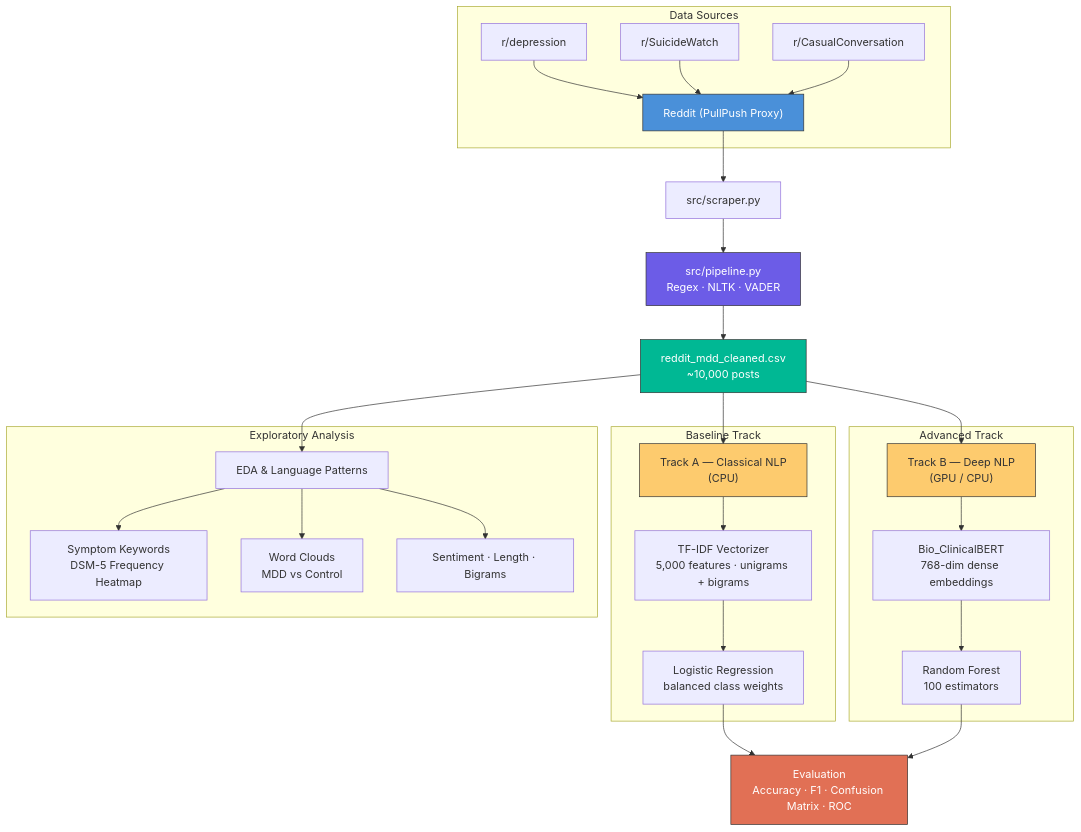
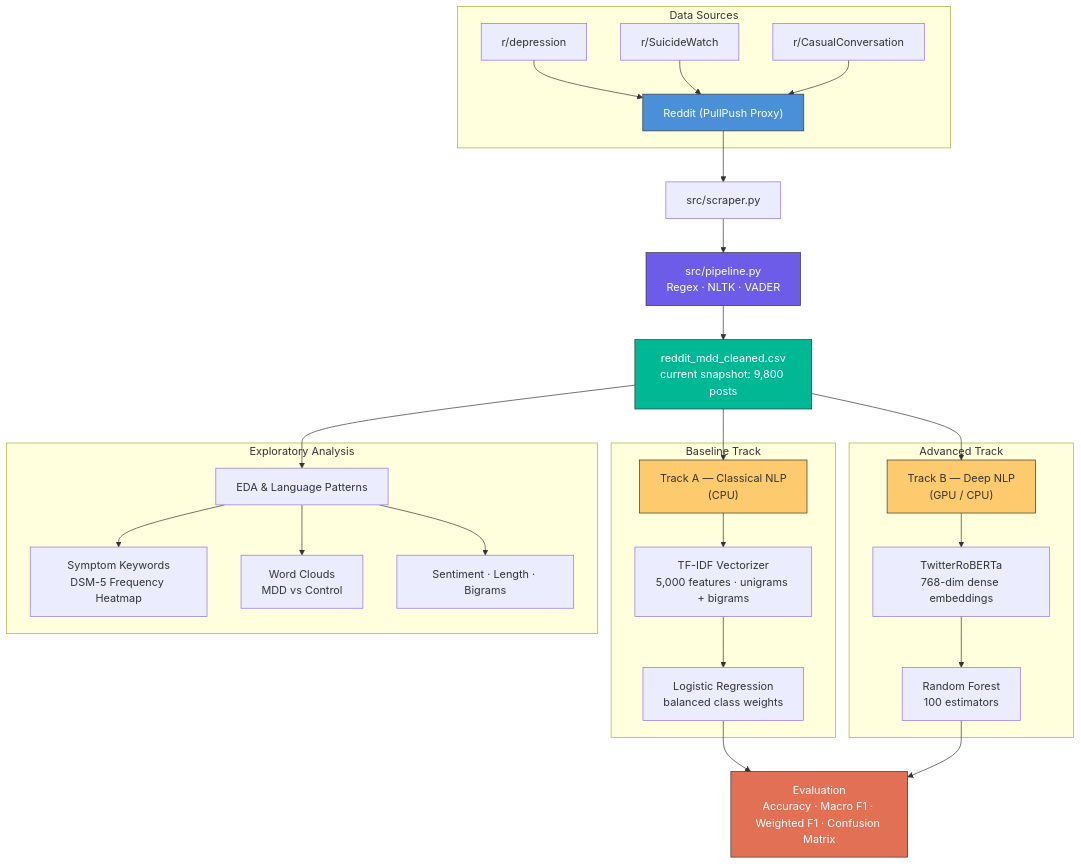
Before and after one commit to Krishna200608/BDA-MDD-Reddit-NLP: the diagram in README.md, drawn with Mermaid. The commit also changed other lines of this file and 4 other files, not shown here.

````diff
--- a/README.md
+++ b/README.md
@@ -84,44 +84,44 @@
 ```mermaid
 flowchart TD
     A["Reddit (PullPush Proxy)"] --> B["src/scraper.py"]
     
     subgraph DataSources ["Data Sources"]
         A1["r/depression"] --> A
         A2["r/SuicideWatch"] --> A
         A3["r/CasualConversation"] --> A
     end
 
     B --> C["src/pipeline.py\nRegex · NLTK · VADER"]
-    C --> D["reddit_mdd_cleaned.csv\n~10,000 posts"]
+    C --> D["reddit_mdd_cleaned.csv\ncurrent snapshot: 9,800 posts"]
 
     D --> E["Track A — Classical NLP\n(CPU)"]
     D --> F["Track B — Deep NLP\n(GPU / CPU)"]
 
     subgraph TrackA ["Baseline Track"]
         E --> E1["TF-IDF Vectorizer\n5,000 features · unigrams + bigrams"]
         E1 --> E2["Logistic Regression\nbalanced class weights"]
     end
 
     subgraph TrackB ["Advanced Track"]
-        F --> F1["Bio_ClinicalBERT\n768-dim dense embeddings"]
+        F --> F1["TwitterRoBERTa\n768-dim dense embeddings"]
         F1 --> F2["Random Forest\n100 estimators"]
     end
 
-    E2 --> G["Evaluation\nAccuracy · F1 · Confusion Matrix · ROC"]
+    E2 --> G["Evaluation\nAccuracy · Macro F1 · Weighted F1 · Confusion Matrix"]
     F2 --> G
 
     D --> H["EDA & Language Patterns"]
 
     subgraph EDA ["Exploratory Analysis"]
         H --> H1["Symptom Keywords\nDSM-5 Frequency Heatmap"]
         H --> H2["Word Clouds\nMDD vs Control"]
         H --> H3["Sentiment · Length · Bigrams"]
     end
 
     style A fill:#4A90D9,stroke:#333,color:#fff
     style C fill:#6C5CE7,stroke:#333,color:#fff
     style D fill:#00B894,stroke:#333,color:#fff
     style G fill:#E17055,stroke:#333,color:#fff
     style E fill:#FDCB6E,stroke:#333,color:#333
     style F fill:#FDCB6E,stroke:#333,color:#333
 ```
````
